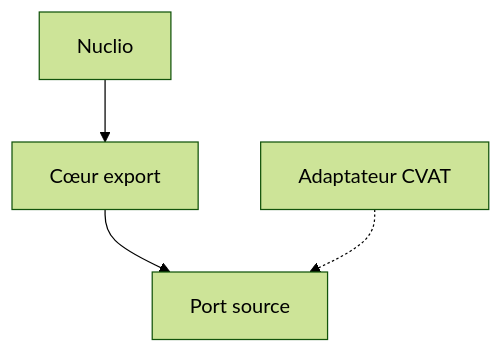
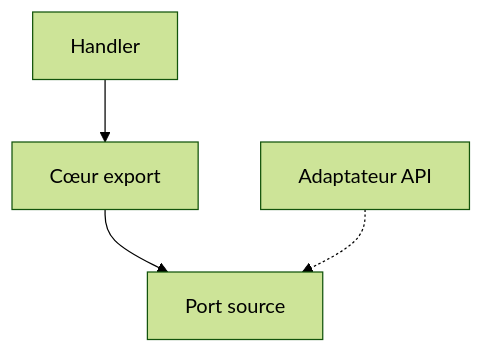
Before and after one commit to galsen-76/Informatique-: the diagram in 02 — Cours/15 Architecture logicielle/Cours - Architectures modernes, hexagonale, événements et serverless.md, drawn with Mermaid (forest theme). The commit also changed other lines of this file and 503 other files, not shown here.

````diff
--- a/02 — Cours/15 Architecture logicielle/Cours - Architectures modernes, hexagonale, événements et serverless.md
+++ b/02 — Cours/15 Architecture logicielle/Cours - Architectures modernes, hexagonale, événements et serverless.md
@@ -32,6 +32,6 @@
 ```mermaid
 flowchart TD
-N[Nuclio] --> C[Cœur export]
+N[Handler] --> C[Cœur export]
   C --> P[Port source]
-  A[Adaptateur CVAT] -.-> P
+  A[Adaptateur API] -.-> P
 ```
````
